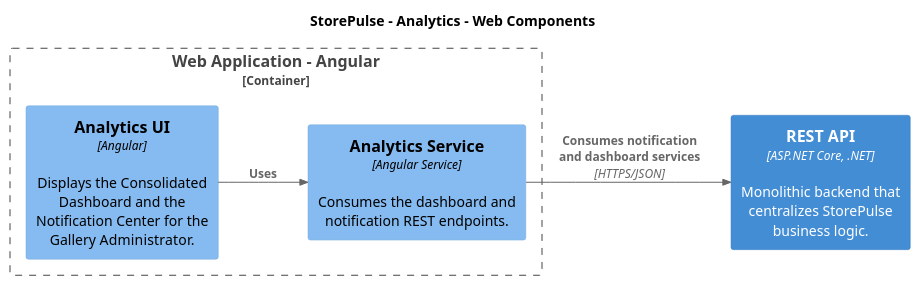
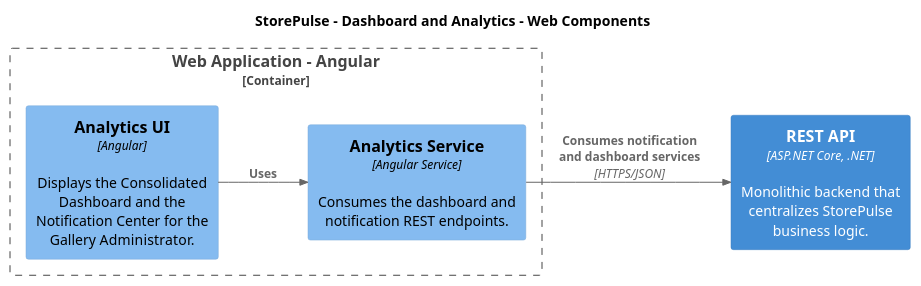
The diagram in assets/architecture/analytics/01-analytics-web-component.puml (VanguardTechIot/storepulse-report), drawn with PlantUML before and after one commit. The commit also changed 4 other files, not shown here.

Commit message:
refactor(assets): update dashboards and analytics diagrams.

```diff
--- a/assets/architecture/analytics/01-analytics-web-component.puml
+++ b/assets/architecture/analytics/01-analytics-web-component.puml
@@ -1,25 +1,25 @@
 @startuml storepulse-analytics-web-component
 
 !include https://raw.githubusercontent.com/plantuml-stdlib/C4-PlantUML/master/C4_Component.puml
 
 LAYOUT_LEFT_RIGHT()
 HIDE_STEREOTYPE()
 skinparam shadowing false
 skinparam defaultFontName Arial
 
-title StorePulse - Analytics - Web Components
+title StorePulse - Dashboard and Analytics - Web Components
 
 Container_Boundary(webApp, "Web Application - Angular") {
 
     Component(analyticsWebUI, "Analytics UI", "Angular", "Displays the Consolidated Dashboard and the Notification Center for the Gallery Administrator.")
 
     Component(analyticsWebService, "Analytics Service", "Angular Service", "Consumes the dashboard and notification REST endpoints.")
 }
 
 Container(restApi, "REST API", "ASP.NET Core, .NET", "Monolithic backend that centralizes StorePulse business logic.")
 
 Rel(analyticsWebUI, analyticsWebService, "Uses")
 
 Rel(analyticsWebService, restApi, "Consumes notification and dashboard services", "HTTPS/JSON")
 
 @enduml
```
